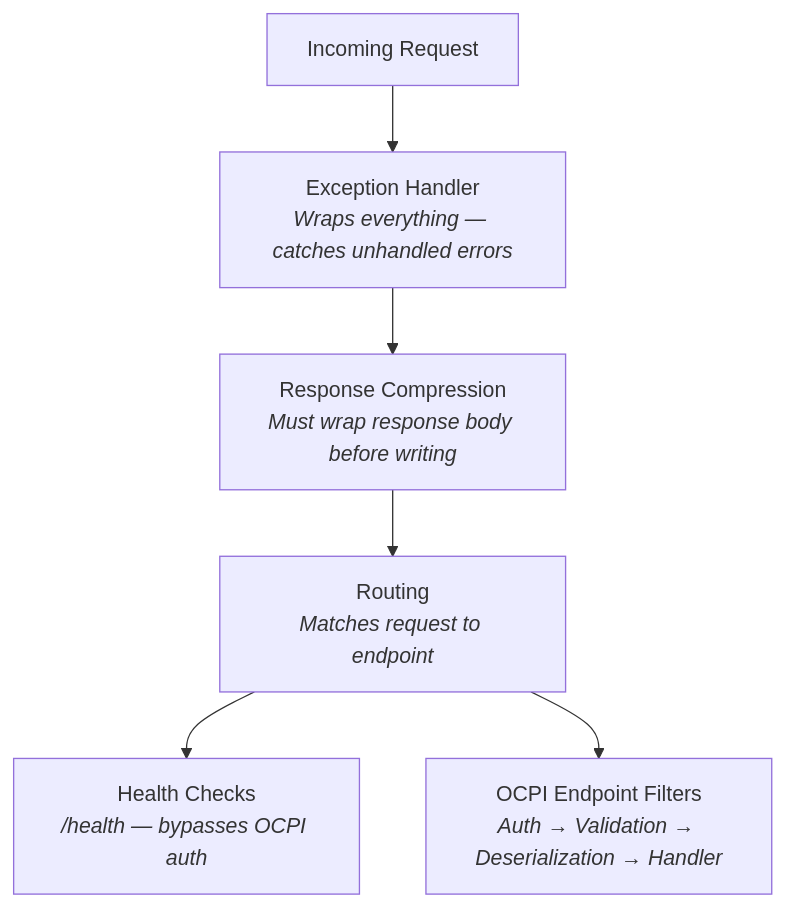
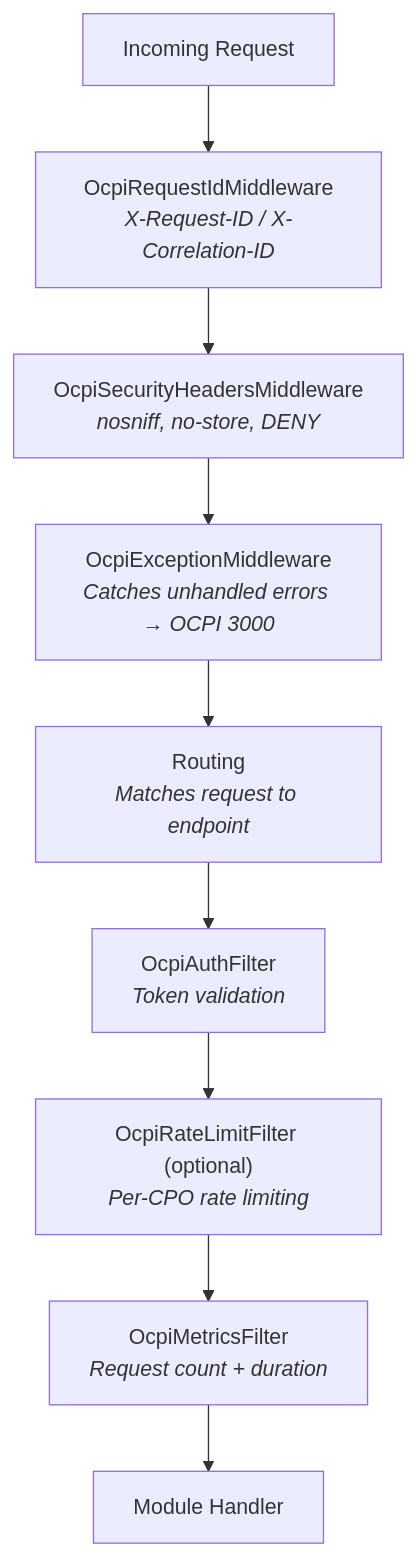
The third of 3 diagrams in docs/performance.md (hannan-m/DotOcpi), drawn with Mermaid before and after one commit. The commit also changed other lines of this file, not shown here.

````diff
--- a/docs/performance.md
+++ b/docs/performance.md
@@ -823,9 +746,12 @@
 ```mermaid
 graph TD
     Request["Incoming Request"]
-    Request --> Exception["Exception Handler<br/><i>Wraps everything — catches unhandled errors</i>"]
-    Exception --> Compression["Response Compression<br/><i>Must wrap response body before writing</i>"]
-    Compression --> Routing["Routing<br/><i>Matches request to endpoint</i>"]
-    Routing --> Health["Health Checks<br/><i>/health — bypasses OCPI auth</i>"]
-    Routing --> OcpiAuth["OCPI Endpoint Filters<br/><i>Auth → Validation → Deserialization → Handler</i>"]
+    Request --> RequestId["OcpiRequestIdMiddleware<br/><i>X-Request-ID / X-Correlation-ID</i>"]
+    RequestId --> SecurityHeaders["OcpiSecurityHeadersMiddleware<br/><i>nosniff, no-store, DENY</i>"]
+    SecurityHeaders --> Exception["OcpiExceptionMiddleware<br/><i>Catches unhandled errors → OCPI 3000</i>"]
+    Exception --> Routing["Routing<br/><i>Matches request to endpoint</i>"]
+    Routing --> Auth["OcpiAuthFilter<br/><i>Token validation</i>"]
+    Auth --> RateLimit["OcpiRateLimitFilter (optional)<br/><i>Per-CPO rate limiting</i>"]
+    RateLimit --> Metrics["OcpiMetricsFilter<br/><i>Request count + duration</i>"]
+    Metrics --> Handler["Module Handler"]
 ```
````
